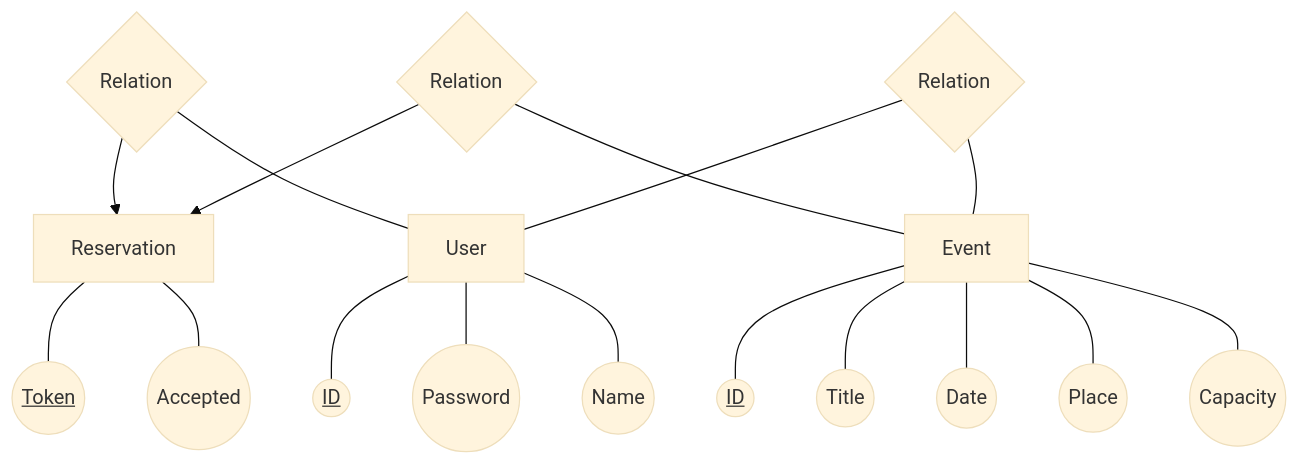
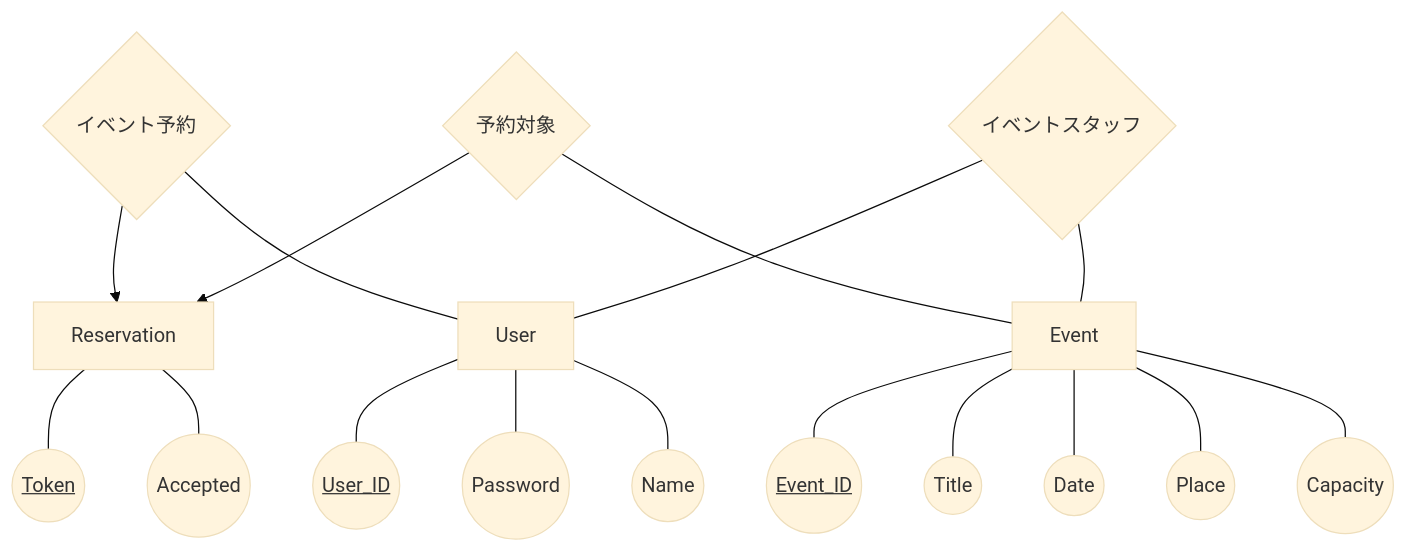
Before and after one commit to yugure-y/le4db: the diagram in ermodel.md, drawn with Mermaid (base theme). The commit also changed 15 other files, not shown here.

````diff
--- a/ermodel.md
+++ b/ermodel.md
@@ -1,46 +1,46 @@
 ```mermaid
 graph TB;
 
-rel1{Relation};
-rel2{Relation};
-rel3{Relation};
+rel1{イベント予約};
+rel2{予約対象};
+rel3{イベントスタッフ};
 
 user[User];
-id((<u>ID</u>));
+id((<u>User_ID</u>));
 password((Password));;
 name((Name));
 
 reservation[Reservation];
 token((<u>Token</u>));
 accepted((Accepted));
 
 event[Event];
-eventID((<u>ID</u>));
+eventID((<u>Event_ID</u>));
 title((Title));
 date((Date));
 detail((Place));
 capacity((Capacity));
 
 user --- id
 user --- password
 user --- name
 
 reservation --- token
 reservation --- accepted
 
 event --- eventID
 event --- title
 event --- date
 event --- detail
 event --- capacity
 
 rel1 --> reservation
 rel1 --- user
 
 rel2 --> reservation
 rel2 --- event
 
 rel3 --- user
 rel3 --- event
 
 ```
````
